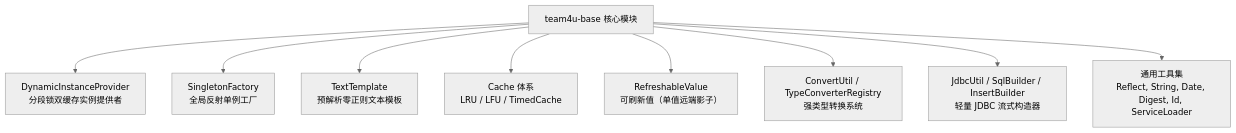
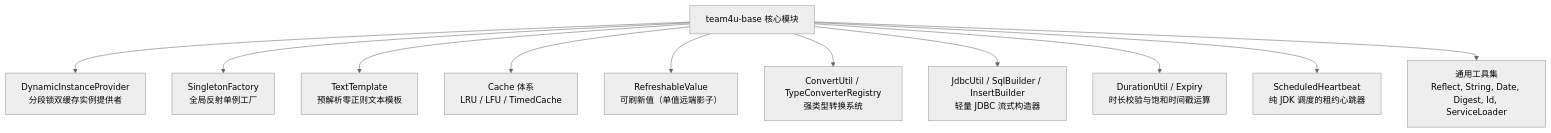
One commit to team4u/team4u-framework changed the diagram in docs/base/README.md. Above: the diagram before and after it, drawn with Mermaid (neutral theme). The commit also changed other lines of this file and 153 other files, not shown here.

````diff
--- a/docs/base/README.md
+++ b/docs/base/README.md
@@ -15,11 +15,13 @@
 ```mermaid
 graph TD
     Base["team4u-base 核心模块"] --> DIP["DynamicInstanceProvider<br/>分段锁双缓存实例提供者"]
     Base --> SF["SingletonFactory<br/>全局反射单例工厂"]
     Base --> TT["TextTemplate<br/>预解析零正则文本模板"]
     Base --> Cache["Cache 体系<br/>LRU / LFU / TimedCache"]
     Base --> RV["RefreshableValue<br/>可刷新值（单值远端影子）"]
     Base --> CU["ConvertUtil / TypeConverterRegistry<br/>强类型转换系统"]
     Base --> JDBC["JdbcUtil / SqlBuilder / InsertBuilder<br/>轻量 JDBC 流式构造器"]
+    Base --> TM["DurationUtil / Expiry<br/>时长校验与饱和时间戳运算"]
+    Base --> HB["ScheduledHeartbeat<br/>纯 JDK 调度的租约心跳器"]
     Base --> Util["通用工具集<br/>Reflect, String, Date, Digest, Id, ServiceLoader"]
 ```
````
